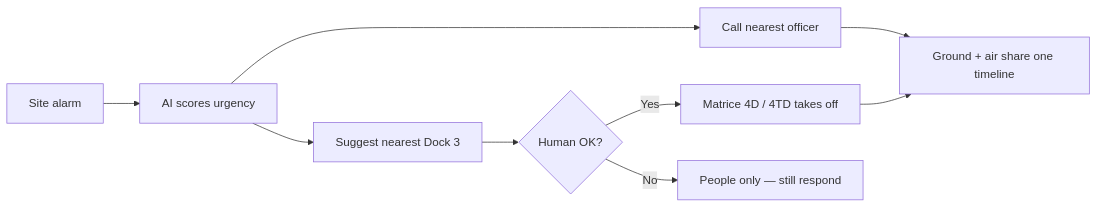
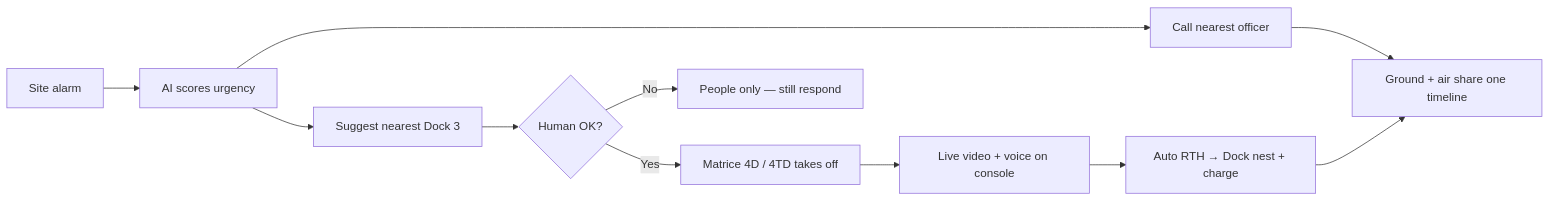
One commit to DD-111/CROC-AI-SYSTEMS changed the third of 3 diagrams in README.md. Above: the diagram before and after it, drawn with Mermaid. The commit also changed other lines of this file and 8 other files, not shown here.

First line of the commit message:
docs(video): add cinematic Dock drone ops film with map routes, live feed, voice, RTH

````diff
--- a/README.md
+++ b/README.md
@@ -354,11 +360,13 @@
 ```mermaid
 flowchart LR
     A["Site alarm"] --> B["AI scores urgency"]
     B --> C["Call nearest officer"]
     B --> D["Suggest nearest Dock 3"]
     D --> E{"Human OK?"}
     E -->|Yes| F["Matrice 4D / 4TD takes off"]
-    E -->|No| G["People only — still respond"]
-    C --> H["Ground + air share one timeline"]
-    F --> H
+    F --> G["Live video + voice on console"]
+    G --> H["Auto RTH → Dock nest + charge"]
+    E -->|No| I["People only — still respond"]
+    C --> J["Ground + air share one timeline"]
+    H --> J
 ```
````
